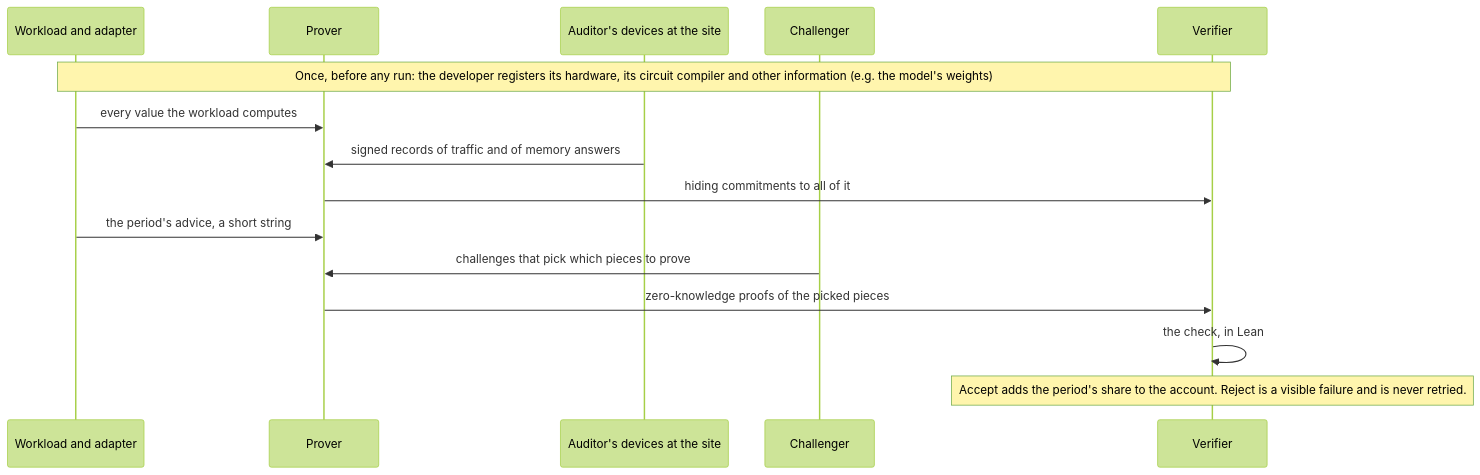
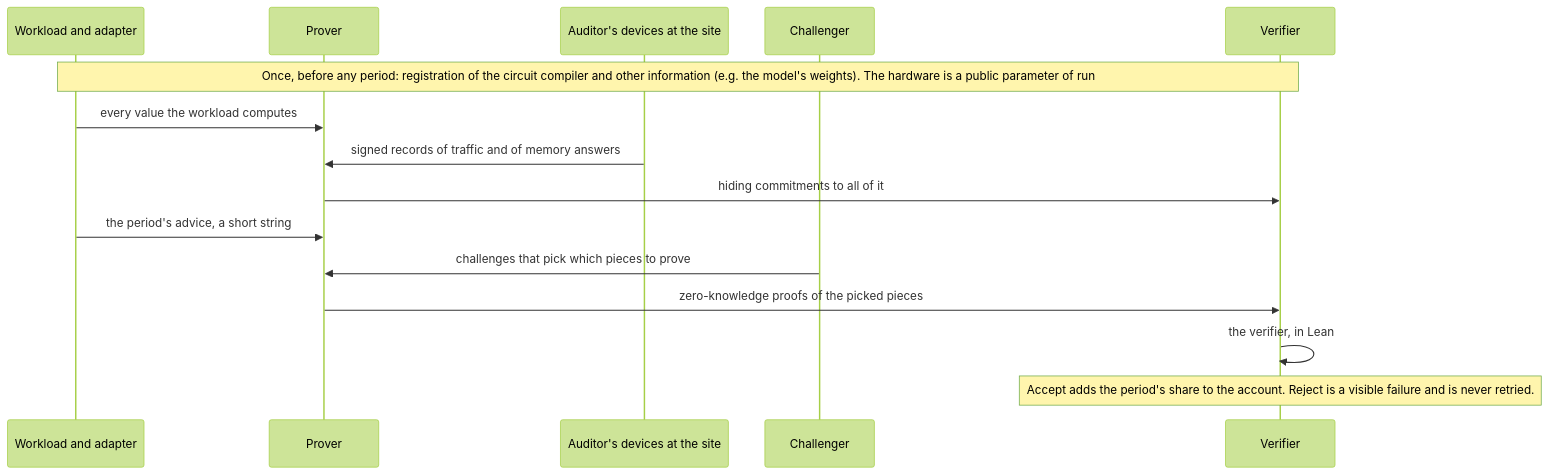
The second of 5 diagrams in ARCHITECTURE.md (compute-verification/verity), drawn with Mermaid (forest theme) before and after one commit. The commit also changed other lines of this file, not shown here.

Commit message:
ARCHITECTURE.md: four protocols with run as the orchestrator, the workload as private input, hardware as a public parameter, library/, adapters, Lean as the only verifier

````diff
--- a/ARCHITECTURE.md
+++ b/ARCHITECTURE.md
@@ -52,17 +52,17 @@
 ```mermaid
 sequenceDiagram
     participant W as Workload and adapter
     participant P as Prover
     participant D as Auditor's devices at the site
     participant C as Challenger
     participant V as Verifier
-    Note over W,V: Once, before any run: the developer registers its hardware, its circuit compiler and other information (e.g. the model's weights)
+    Note over W,V: Once, before any period: registration of the circuit compiler and other information (e.g. the model's weights). The hardware is a public parameter of run
     W->>P: every value the workload computes
     D->>P: signed records of traffic and of memory answers
     P->>V: hiding commitments to all of it
     W->>P: the period's advice, a short string
     C->>P: challenges that pick which pieces to prove
     P->>V: zero-knowledge proofs of the picked pieces
-    V->>V: the check, in Lean
+    V->>V: the verifier, in Lean
     Note over V: Accept adds the period's share to the account. Reject is a visible failure and is never retried.
 ```
````
